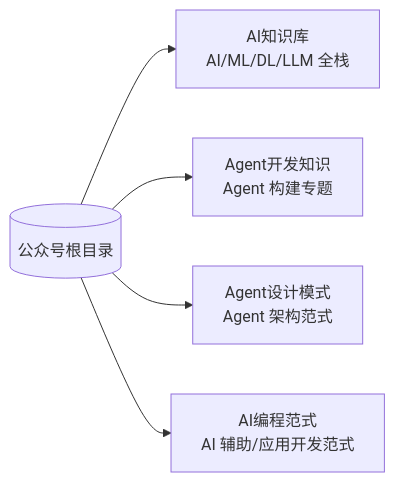
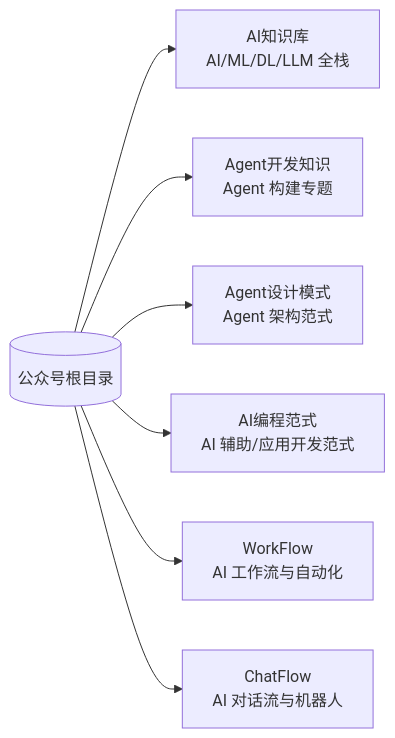
Before and after one commit to tclxtommy-hu/tclxtommy-hu.github.io: the diagram in posts/AI/README.md, drawn with Mermaid. The commit also changed other lines of this file and 16 other files, not shown here.

````diff
--- a/posts/AI/README.md
+++ b/posts/AI/README.md
@@ -11,8 +11,10 @@
 ```mermaid
 flowchart LR
     R[(公众号根目录)]
     R --> A[AI知识库<br/>AI/ML/DL/LLM 全栈]
     R --> B[Agent开发知识<br/>Agent 构建专题]
     R --> C[Agent设计模式<br/>Agent 架构范式]
     R --> D[AI编程范式<br/>AI 辅助/应用开发范式]
+    R --> E[WorkFlow<br/>AI 工作流与自动化]
+    R --> F[ChatFlow<br/>AI 对话流与机器人]
 ```
````
